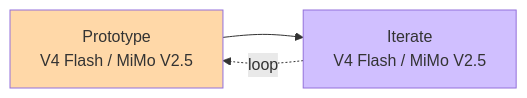
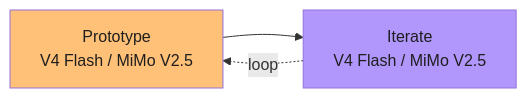
The fifth of 5 diagrams in README.md (elisharkray1030/ai-coding-workflow), drawn with Mermaid before and after one commit. The commit also changed other lines of this file, not shown here.

First line of the commit message:
humanize: strip AI-isms, fix diagram readability, add doc pipeline

````diff
--- a/README.md
+++ b/README.md
@@ -92,8 +92,8 @@
 ```mermaid
 graph LR
     PR[Prototype<br/>V4 Flash / MiMo V2.5] --> IT[Iterate<br/>V4 Flash / MiMo V2.5]
     IT -.->|loop| PR
 
-    style PR fill:#ffd8a8
-    style IT fill:#d0bfff
+    style PR fill:#ffc078,color:#1e1e1e
+    style IT fill:#b197fc,color:#1e1e1e
 ```
````
